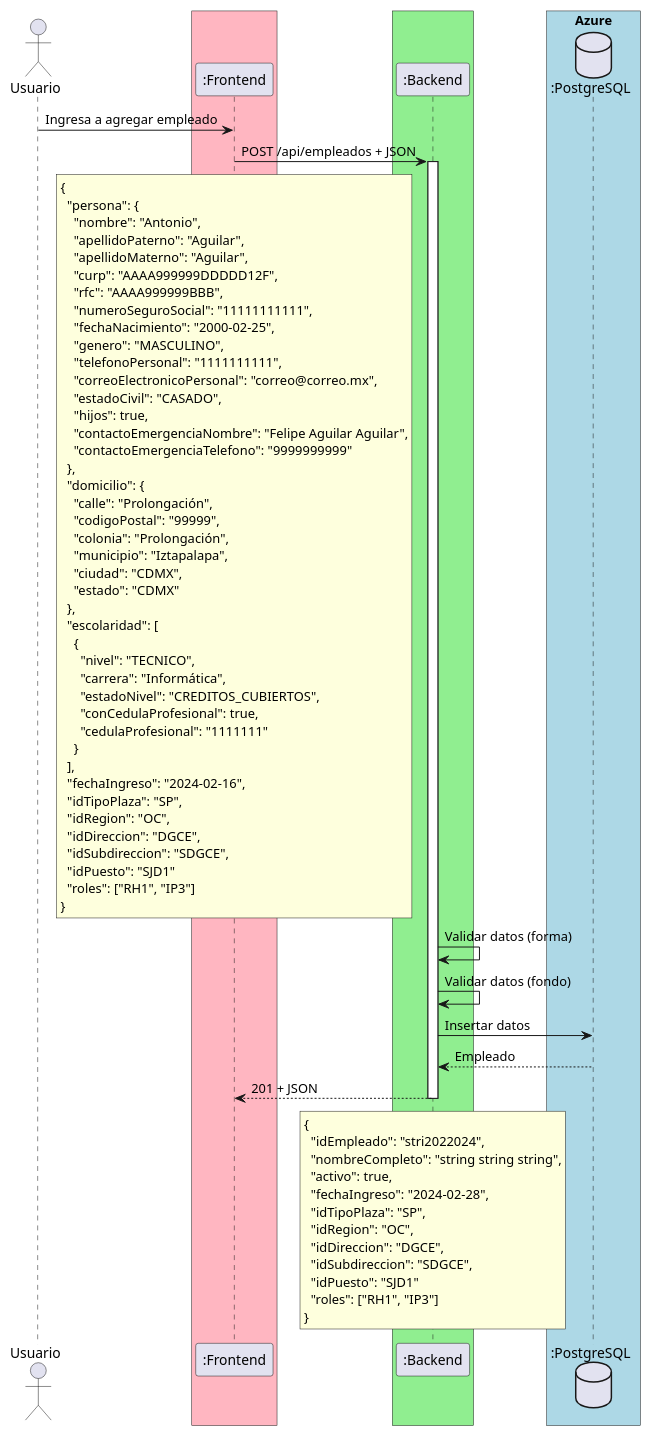
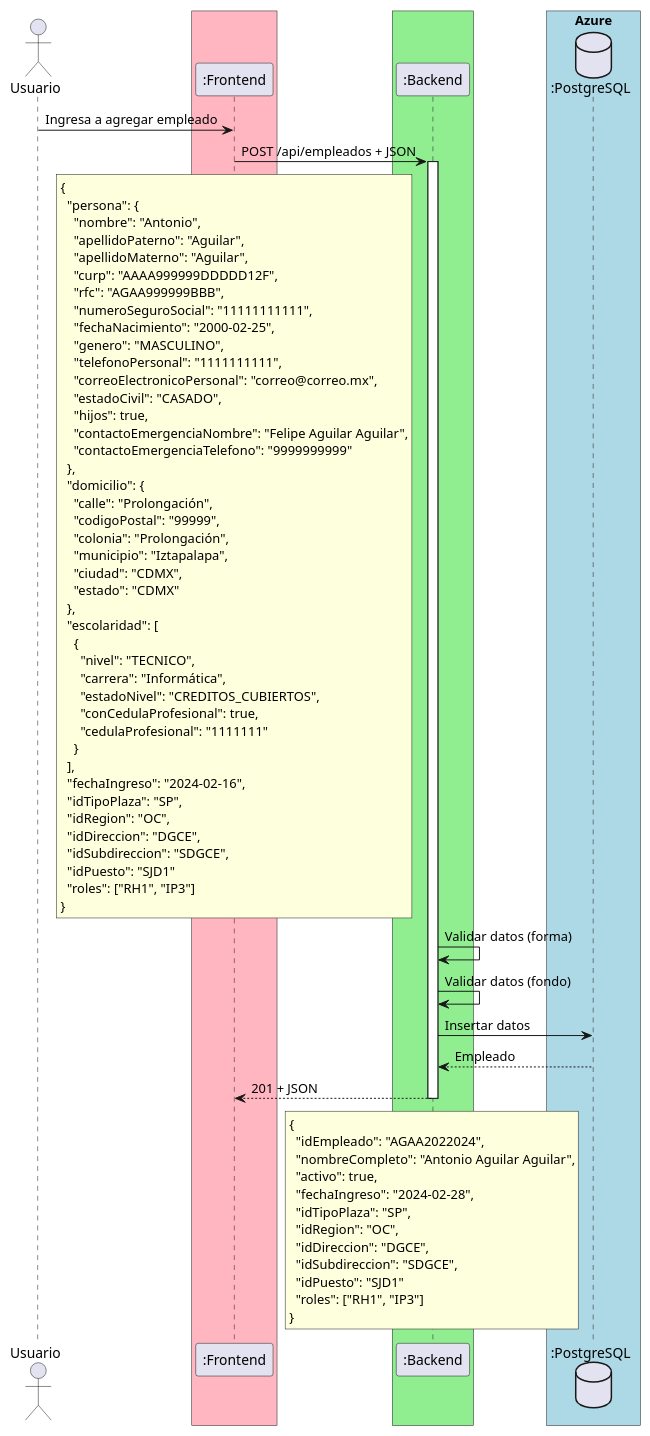
One commit to migueGO98/ProyectoSID changed the diagram in docs/diagramasSecuencia/HU-01.puml. Above: the diagram before and after it, drawn with PlantUML.

Commit message:
Actualizar diagrama de secuencia HU-01 completo

```diff
--- a/docs/diagramasSecuencia/HU-01.puml
+++ b/docs/diagramasSecuencia/HU-01.puml
@@ -1,83 +1,83 @@
 @startuml
 'https://plantuml.com/sequence-diagram
 
 actor Usuario as user
 box #LightPink
     participant ":Frontend" as front
 end box
 box #LightGreen
     participant ":Backend" as backend
 end box
 box "Azure" #LightBlue
     database ":PostgreSQL" as db
 end box
 
 user -> front: Ingresa a agregar empleado
 front -> backend++: POST /api/empleados + JSON
 rnote over front
 {
   "persona": {
     "nombre": "Antonio",
     "apellidoPaterno": "Aguilar",
     "apellidoMaterno": "Aguilar",
     "curp": "AAAA999999DDDDD12F",
-    "rfc": "AAAA999999BBB",
+    "rfc": "AGAA999999BBB",
     "numeroSeguroSocial": "11111111111",
     "fechaNacimiento": "2000-02-25",
     "genero": "MASCULINO",
     "telefonoPersonal": "1111111111",
     "correoElectronicoPersonal": "correo@correo.mx",
     "estadoCivil": "CASADO",
     "hijos": true,
     "contactoEmergenciaNombre": "Felipe Aguilar Aguilar",
     "contactoEmergenciaTelefono": "9999999999"
   },
   "domicilio": {
     "calle": "Prolongación",
     "codigoPostal": "99999",
     "colonia": "Prolongación",
     "municipio": "Iztapalapa",
     "ciudad": "CDMX",
     "estado": "CDMX"
   },
   "escolaridad": [
     {
       "nivel": "TECNICO",
       "carrera": "Informática",
       "estadoNivel": "CREDITOS_CUBIERTOS",
       "conCedulaProfesional": true,
       "cedulaProfesional": "1111111"
     }
   ],
   "fechaIngreso": "2024-02-16",
   "idTipoPlaza": "SP",
   "idRegion": "OC",
   "idDireccion": "DGCE",
   "idSubdireccion": "SDGCE",
   "idPuesto": "SJD1"
   "roles": ["RH1", "IP3"]
 }
 end note
 
   backend -> backend: Validar datos (forma)
   backend -> backend: Validar datos (fondo)
   backend -> db: Insertar datos
   backend <-- db: Empleado
 front <-- backend--: 201 + JSON
 
 rnote over backend
 {
-  "idEmpleado": "stri2022024",
-  "nombreCompleto": "string string string",
+  "idEmpleado": "AGAA2022024",
+  "nombreCompleto": "Antonio Aguilar Aguilar",
   "activo": true,
   "fechaIngreso": "2024-02-28",
   "idTipoPlaza": "SP",
   "idRegion": "OC",
   "idDireccion": "DGCE",
   "idSubdireccion": "SDGCE",
   "idPuesto": "SJD1"
   "roles": ["RH1", "IP3"]
 }
 end note
 
 @enduml
```
